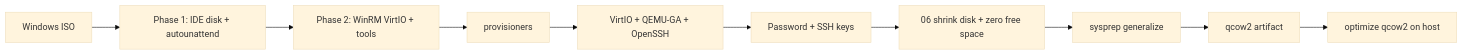
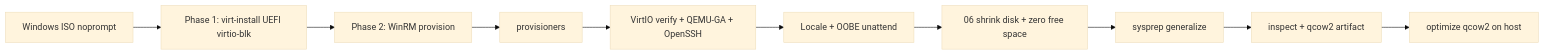
The diagram in README.md (validatedpatterns-demos/windows-golden-image-packer), drawn with Mermaid (base theme) before and after one commit. The commit also changed other lines of this file and 8 other files, not shown here.

First line of the commit message:
Update docs for UEFI virtio-blk build and OOBE fixes.

````diff
--- a/README.md
+++ b/README.md
@@ -165,12 +173,12 @@
 ```mermaid
 flowchart LR
-  A[Windows ISO] --> B[Phase 1: IDE disk + autounattend]
-  B --> C[Phase 2: WinRM VirtIO + tools]
+  A[Windows ISO noprompt] --> B[Phase 1: virt-install UEFI virtio-blk]
+  B --> C[Phase 2: WinRM provision]
   C --> D[provisioners]
-  D --> E[VirtIO + QEMU-GA + OpenSSH]
-  E --> F[Password + SSH keys]
+  D --> E[VirtIO verify + QEMU-GA + OpenSSH]
+  E --> F[Locale + OOBE unattend]
   F --> S[06 shrink disk + zero free space]
   S --> G[sysprep generalize]
-  G --> H[qcow2 artifact]
+  G --> H[inspect + qcow2 artifact]
   H --> O[optimize qcow2 on host]
 ```
````
